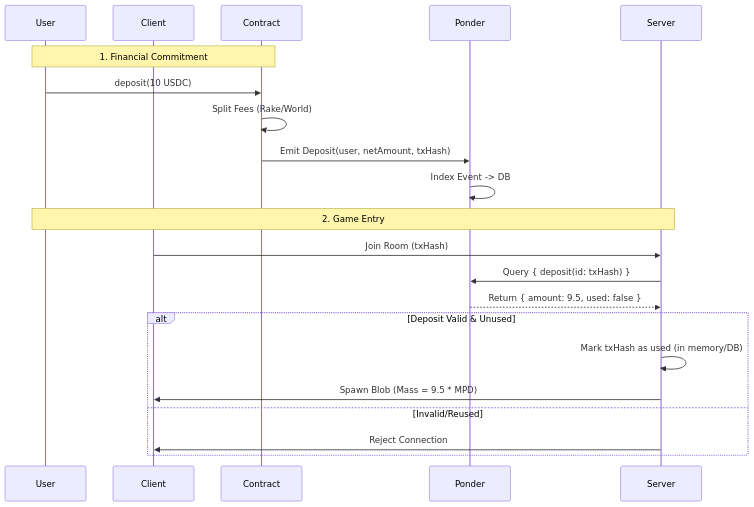
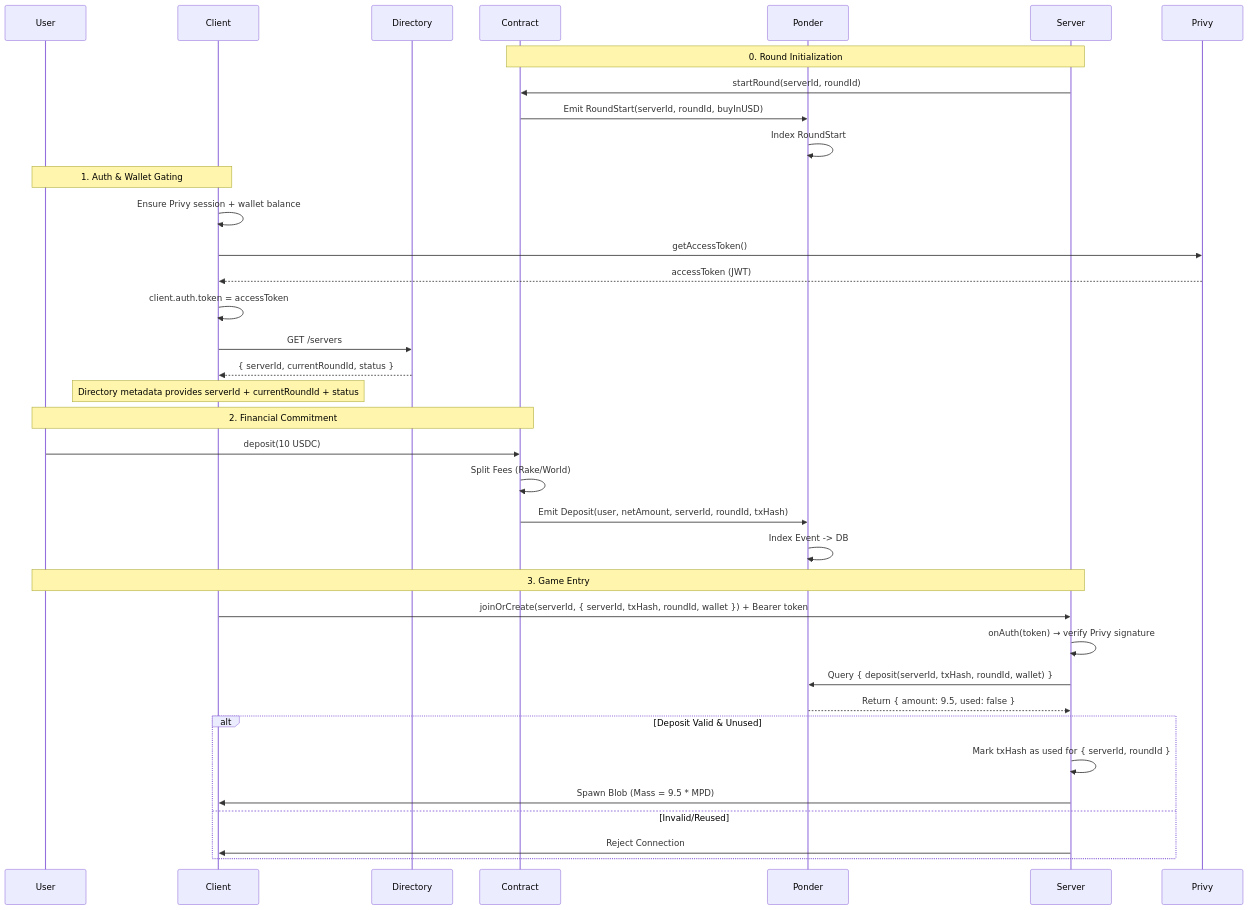
Before and after one commit to TheExpandingPolytope/goonverse: the second of 8 diagrams in ARCHITECTURE.md, drawn with Mermaid. The commit also changed other lines of this file and 29 other files, not shown here.

````diff
--- a/ARCHITECTURE.md
+++ b/ARCHITECTURE.md
@@ -81,26 +184,42 @@
 ```mermaid
 sequenceDiagram
     participant User
     participant Client
+    participant Directory
     participant Contract
     participant Ponder
     participant Server
 
-    Note over User, Contract: 1. Financial Commitment
+    Note over Server, Contract: 0. Round Initialization
+    Server->>Contract: startRound(serverId, roundId)
+    Contract->>Ponder: Emit RoundStart(serverId, roundId, buyInUSD)
+    Ponder->>Ponder: Index RoundStart
+
+    Note over User, Client: 1. Auth & Wallet Gating
+    Client->>Client: Ensure Privy session + wallet balance
+    Client->>Privy: getAccessToken()
+    Privy-->>Client: accessToken (JWT)
+    Client->>Client: client.auth.token = accessToken
+    Client->>Directory: GET /servers
+    Directory-->>Client: { serverId, currentRoundId, status }
+    Note over Client: Directory metadata provides serverId + currentRoundId + status
+
+    Note over User, Contract: 2. Financial Commitment
     User->>Contract: deposit(10 USDC)
     Contract->>Contract: Split Fees (Rake/World)
-    Contract->>Ponder: Emit Deposit(user, netAmount, txHash)
+    Contract->>Ponder: Emit Deposit(user, netAmount, serverId, roundId, txHash)
     Ponder->>Ponder: Index Event -> DB
 
-    Note over User, Server: 2. Game Entry
-    Client->>Server: Join Room (txHash)
-    Server->>Ponder: Query { deposit(id: txHash) }
+    Note over User, Server: 3. Game Entry
+    Client->>Server: joinOrCreate(serverId, { serverId, txHash, roundId, wallet }) + Bearer token
+    Server->>Server: onAuth(token) → verify Privy signature
+    Server->>Ponder: Query { deposit(serverId, txHash, roundId, wallet) }
     Ponder-->>Server: Return { amount: 9.5, used: false }
     
     alt Deposit Valid & Unused
-        Server->>Server: Mark txHash as used (in memory/DB)
+        Server->>Server: Mark txHash as used for { serverId, roundId }
         Server->>Client: Spawn Blob (Mass = 9.5 * MPD)
     else Invalid/Reused
         Server->>Client: Reject Connection
     end
 ```
````
